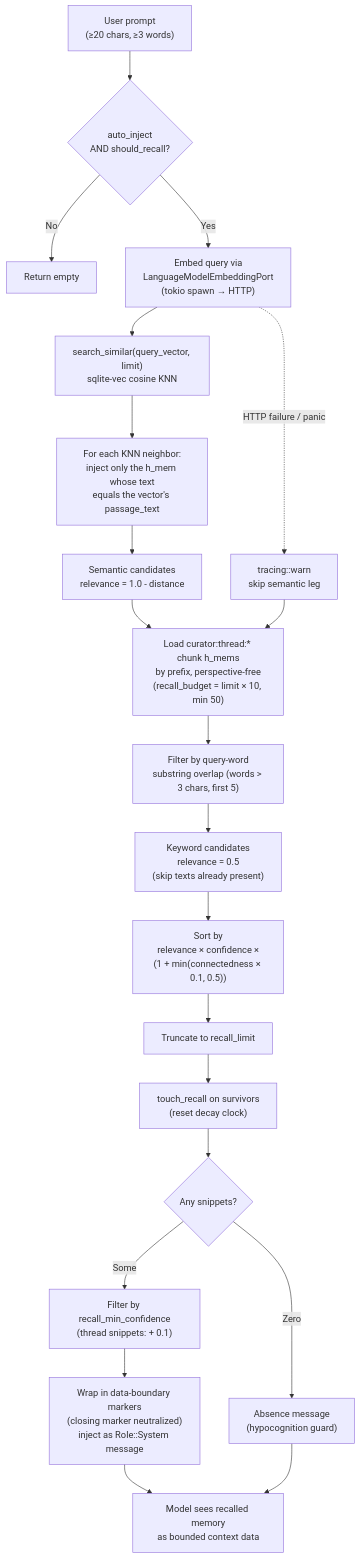
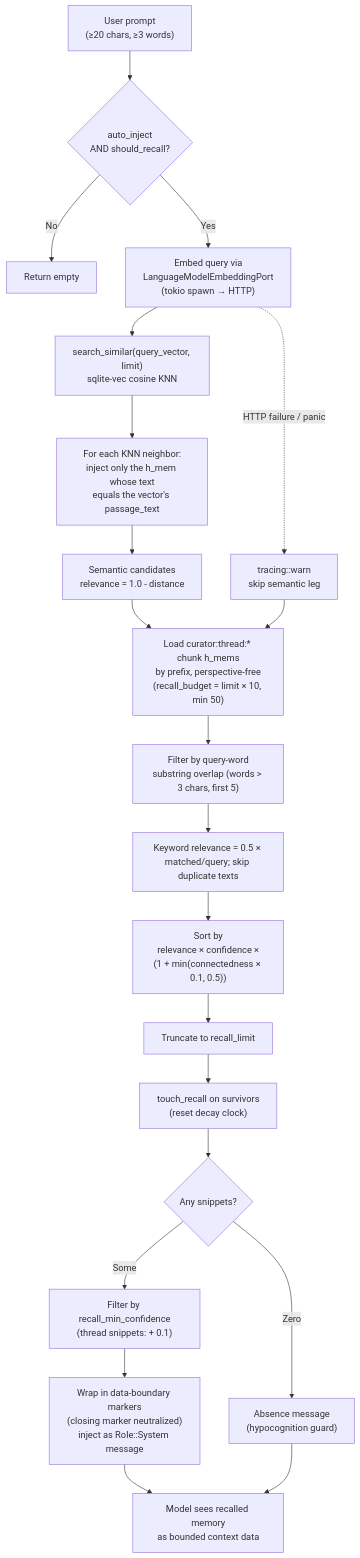
Before and after one commit to mdz-axo/zed-kask: the fourth of 6 diagrams in kask/docs/architecture/memory-system-specification.md, drawn with Mermaid. The commit also changed other lines of this file and 7 other files, not shown here.

````diff
--- a/kask/docs/architecture/memory-system-specification.md
+++ b/kask/docs/architecture/memory-system-specification.md
@@ -513,26 +517,26 @@
 ```mermaid
 flowchart TD
     Prompt["User prompt<br/>(≥20 chars, ≥3 words)"] --> Gate{"auto_inject<br/>AND should_recall?"}
     Gate -- "No" --> Empty["Return empty"]
     Gate -- "Yes" --> Embed["Embed query via<br/>LanguageModelEmbeddingPort<br/>(tokio spawn → HTTP)"]
     Embed --> KNN["search_similar(query_vector, limit)<br/>sqlite-vec cosine KNN"]
     KNN --> Join["For each KNN neighbor:<br/>inject only the h_mem whose text<br/>equals the vector's passage_text"]
     Join --> SemanticCandidates["Semantic candidates<br/>relevance = 1.0 - distance"]
 
     SemanticCandidates --> LoadPrefix["Load curator:thread:* chunk h_mems<br/>by prefix, perspective-free<br/>(recall_budget = limit × 10, min 50)"]
     LoadPrefix --> Keyword["Filter by query-word<br/>substring overlap (words > 3 chars, first 5)"]
-    Keyword --> KeywordCandidates["Keyword candidates<br/>relevance = 0.5<br/>(skip texts already present)"]
+    Keyword --> KeywordCandidates["Keyword relevance = 0.5 × matched/query; skip duplicate texts"]
 
     KeywordCandidates --> Sort["Sort by<br/>relevance × confidence ×<br/>(1 + min(connectedness × 0.1, 0.5))"]
     Sort --> Truncate["Truncate to recall_limit"]
     Truncate --> Touch["touch_recall on survivors<br/>(reset decay clock)"]
     Touch --> Result{"Any snippets?"}
     Result -- "Zero" --> Absence["Absence message<br/>(hypocognition guard)"]
     Result -- "Some" --> Filter["Filter by recall_min_confidence<br/>(thread snippets: + 0.1)"]
     Filter --> Inject["Wrap in data-boundary markers<br/>(closing marker neutralized)<br/>inject as Role::System message"]
     Inject --> Model["Model sees recalled memory<br/>as bounded context data"]
     Absence --> Model
 
     Embed -.->|"HTTP failure / panic"| EmbedFail["tracing::warn<br/>skip semantic leg"]
     EmbedFail --> LoadPrefix
 ```
````
